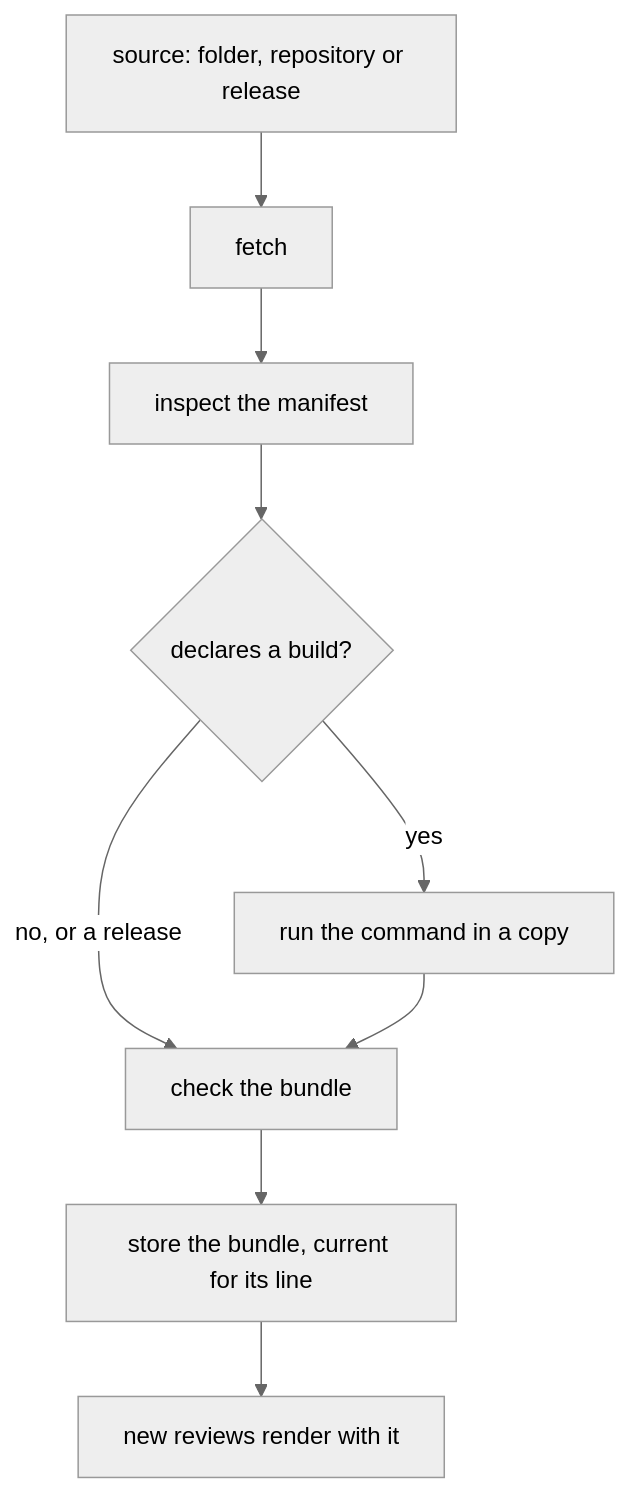
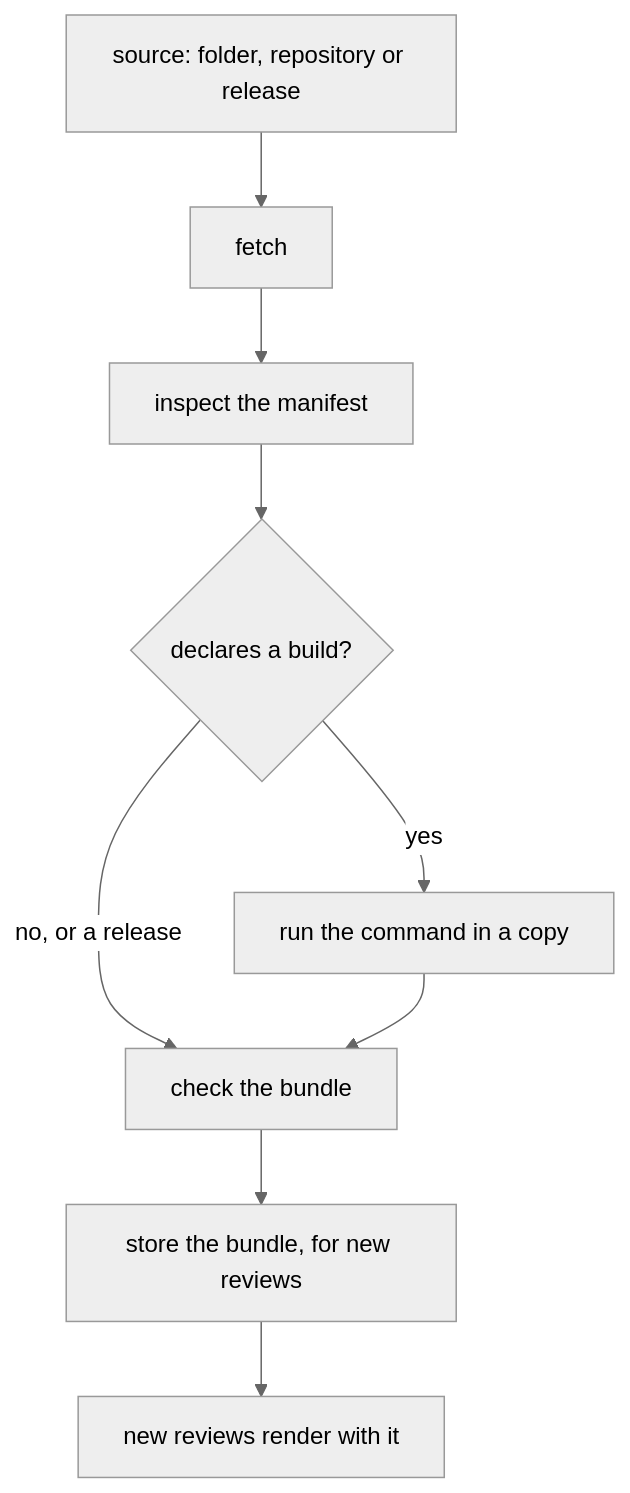
The first of 2 diagrams in docs/using/installing-plugins.md (forgeplane/pinrail), drawn with Mermaid (neutral theme) before and after one commit. The commit also changed other lines of this file and 6 other files, not shown here.

````diff
--- a/docs/using/installing-plugins.md
+++ b/docs/using/installing-plugins.md
@@ -52,11 +52,11 @@
 ```mermaid title="From a source to the store"
 flowchart TB
   S["source: folder, repository or release"] --> F["fetch"]
   F --> I["inspect the manifest"]
   I --> B{"declares a build?"}
   B -->|"yes"| R["run the command in a copy"]
   B -->|"no, or a release"| C["check the bundle"]
   R --> C
-  C --> K["store the bundle, current for its line"]
+  C --> K["store the bundle, for new reviews"]
   K --> V["new reviews render with it"]
 ```
````
